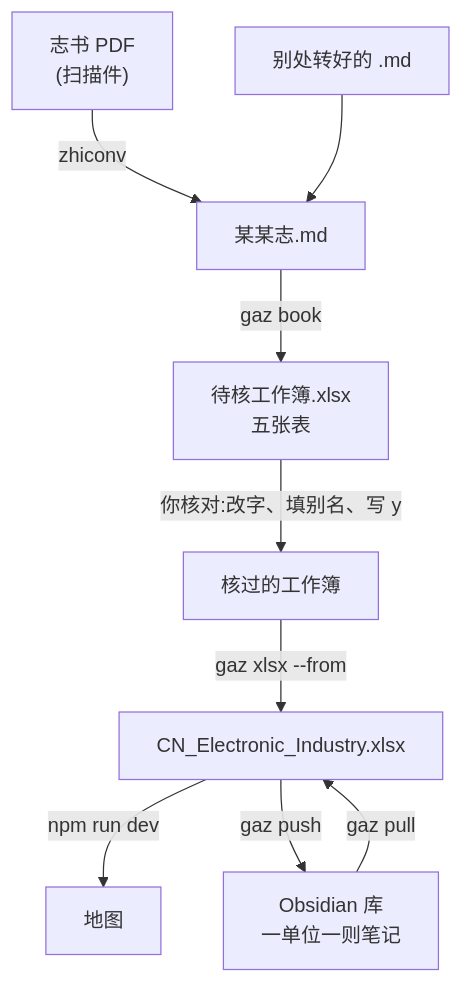
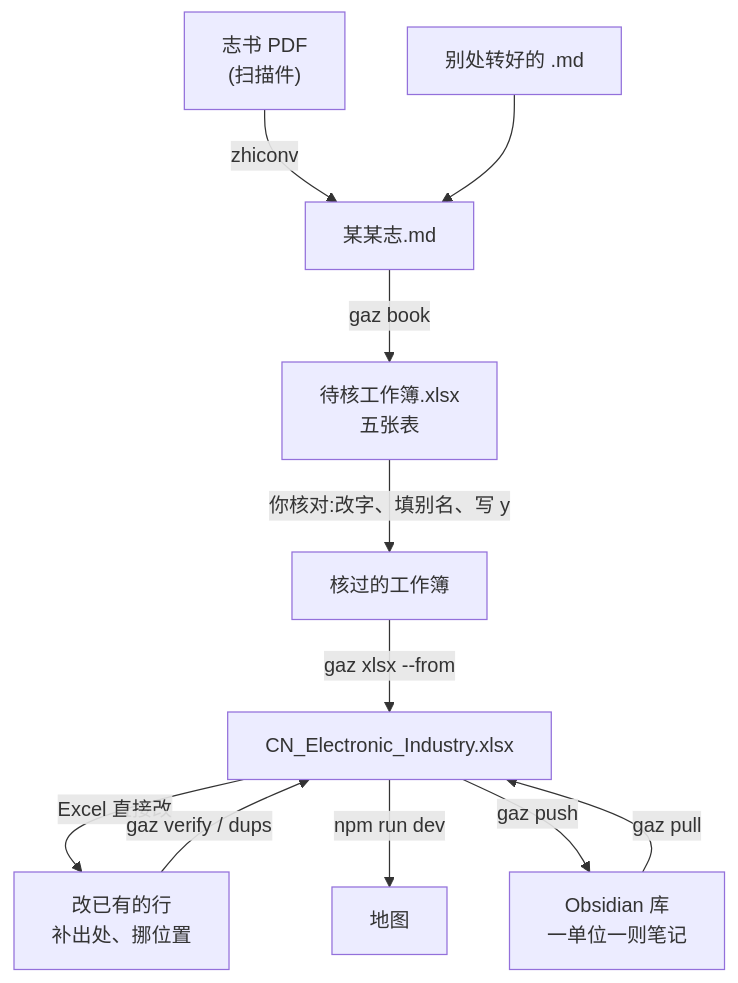
Before and after one commit to gantai/Electronic_industry_CN_Map: the diagram in tools/gazetteer/流程.md, drawn with Mermaid. The commit also changed other lines of this file and 5 other files, not shown here.

First line of the commit message:
改已有的行:总表就是那张本地 Excel

````diff
--- a/tools/gazetteer/流程.md
+++ b/tools/gazetteer/流程.md
@@ -35,11 +37,13 @@
 ```mermaid
 flowchart TD
     A["志书 PDF<br/>(扫描件)"] -->|zhiconv| B["某某志.md"]
     A2["别处转好的 .md"] --> B
     B -->|gaz book| C["待核工作簿.xlsx<br/>五张表"]
     C -->|你核对:改字、填别名、写 y| D["核过的工作簿"]
     D -->|gaz xlsx --from| E["CN_Electronic_Industry.xlsx"]
+    E -->|Excel 直接改| E2["改已有的行<br/>补出处、挪位置"]
+    E2 -->|gaz verify / dups| E
     E -->|npm run dev| F["地图"]
     E -->|gaz push| G["Obsidian 库<br/>一单位一则笔记"]
     G -->|gaz pull| E
 ```
````
